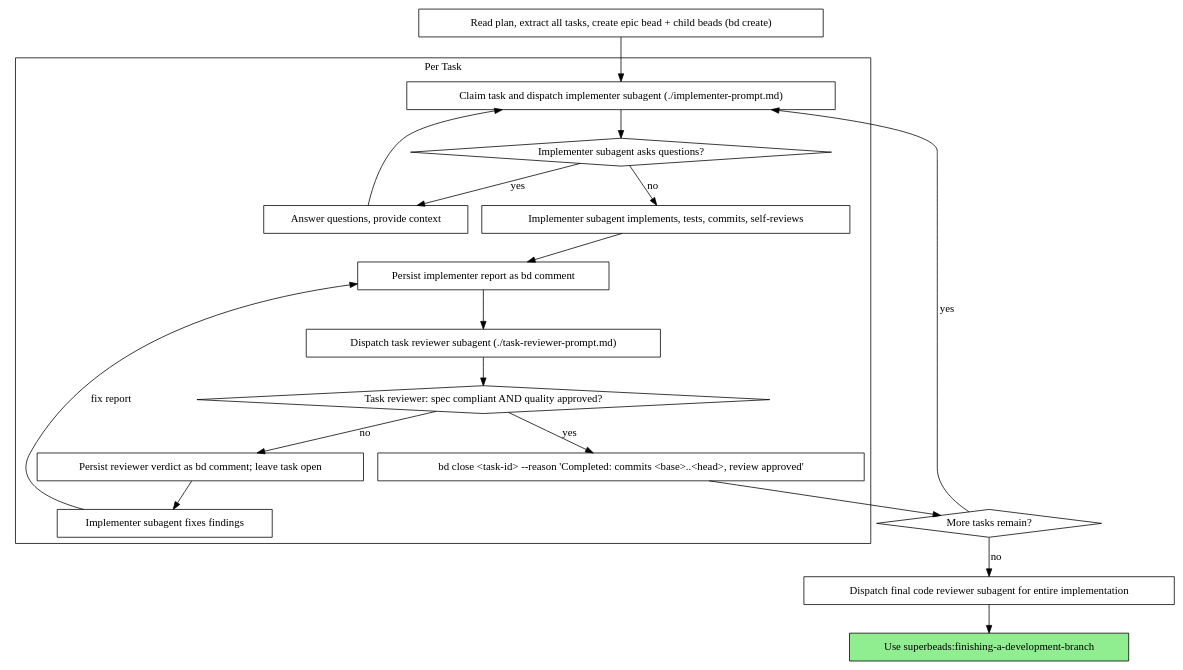
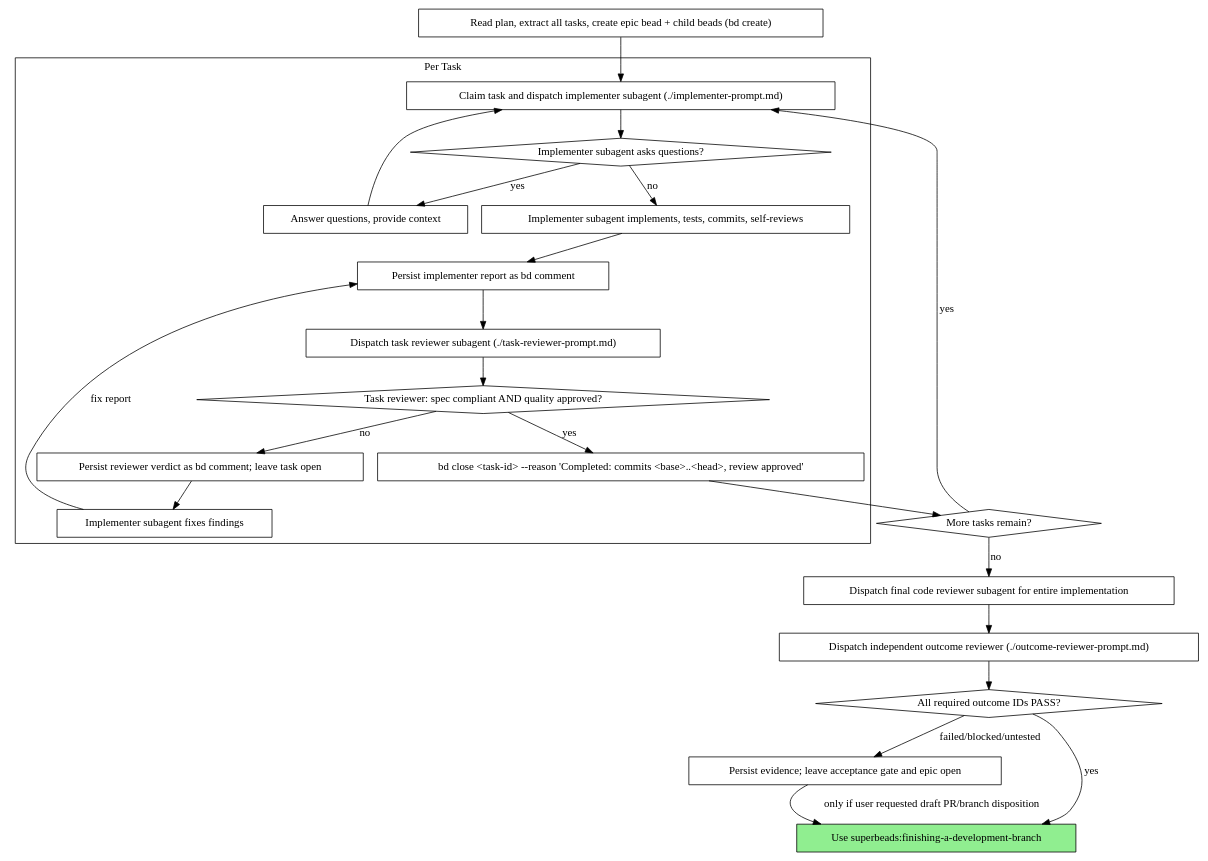
The second of 3 diagrams in skills/subagent-driven-development/SKILL.md (the-inconvenience-store/superbeads), drawn with Graphviz before and after one commit. The commit also changed other lines of this file and 7 other files, not shown here.

````diff
--- a/skills/subagent-driven-development/SKILL.md
+++ b/skills/subagent-driven-development/SKILL.md
@@ -55,41 +55,48 @@
 ```dot
 digraph process {
     rankdir=TB;
 
     subgraph cluster_per_task {
         label="Per Task";
         "Claim task and dispatch implementer subagent (./implementer-prompt.md)" [shape=box];
         "Implementer subagent asks questions?" [shape=diamond];
         "Answer questions, provide context" [shape=box];
         "Implementer subagent implements, tests, commits, self-reviews" [shape=box];
         "Persist implementer report as bd comment" [shape=box];
         "Dispatch task reviewer subagent (./task-reviewer-prompt.md)" [shape=box];
         "Task reviewer: spec compliant AND quality approved?" [shape=diamond];
         "Persist reviewer verdict as bd comment; leave task open" [shape=box];
         "Implementer subagent fixes findings" [shape=box];
         "bd close <task-id> --reason 'Completed: commits <base>..<head>, review approved'" [shape=box];
     }
 
     "Read plan, extract all tasks, create epic bead + child beads (bd create)" [shape=box];
     "More tasks remain?" [shape=diamond];
     "Dispatch final code reviewer subagent for entire implementation" [shape=box];
+    "Dispatch independent outcome reviewer (./outcome-reviewer-prompt.md)" [shape=box];
+    "All required outcome IDs PASS?" [shape=diamond];
+    "Persist evidence; leave acceptance gate and epic open" [shape=box];
     "Use superbeads:finishing-a-development-branch" [shape=box style=filled fillcolor=lightgreen];
 
     "Read plan, extract all tasks, create epic bead + child beads (bd create)" -> "Claim task and dispatch implementer subagent (./implementer-prompt.md)";
     "Claim task and dispatch implementer subagent (./implementer-prompt.md)" -> "Implementer subagent asks questions?";
     "Implementer subagent asks questions?" -> "Answer questions, provide context" [label="yes"];
     "Answer questions, provide context" -> "Claim task and dispatch implementer subagent (./implementer-prompt.md)";
     "Implementer subagent asks questions?" -> "Implementer subagent implements, tests, commits, self-reviews" [label="no"];
     "Implementer subagent implements, tests, commits, self-reviews" -> "Persist implementer report as bd comment";
     "Persist implementer report as bd comment" -> "Dispatch task reviewer subagent (./task-reviewer-prompt.md)";
     "Dispatch task reviewer subagent (./task-reviewer-prompt.md)" -> "Task reviewer: spec compliant AND quality approved?";
     "Task reviewer: spec compliant AND quality approved?" -> "Persist reviewer verdict as bd comment; leave task open" [label="no"];
     "Persist reviewer verdict as bd comment; leave task open" -> "Implementer subagent fixes findings";
     "Implementer subagent fixes findings" -> "Persist implementer report as bd comment" [label="fix report"];
     "Task reviewer: spec compliant AND quality approved?" -> "bd close <task-id> --reason 'Completed: commits <base>..<head>, review approved'" [label="yes"];
     "bd close <task-id> --reason 'Completed: commits <base>..<head>, review approved'" -> "More tasks remain?";
     "More tasks remain?" -> "Claim task and dispatch implementer subagent (./implementer-prompt.md)" [label="yes"];
     "More tasks remain?" -> "Dispatch final code reviewer subagent for entire implementation" [label="no"];
-    "Dispatch final code reviewer subagent for entire implementation" -> "Use superbeads:finishing-a-development-branch";
+    "Dispatch final code reviewer subagent for entire implementation" -> "Dispatch independent outcome reviewer (./outcome-reviewer-prompt.md)";
+    "Dispatch independent outcome reviewer (./outcome-reviewer-prompt.md)" -> "All required outcome IDs PASS?";
+    "All required outcome IDs PASS?" -> "Use superbeads:finishing-a-development-branch" [label="yes"];
+    "All required outcome IDs PASS?" -> "Persist evidence; leave acceptance gate and epic open" [label="failed/blocked/untested"];
+    "Persist evidence; leave acceptance gate and epic open" -> "Use superbeads:finishing-a-development-branch" [label="only if user requested draft PR/branch disposition"];
 }
 ```
````
